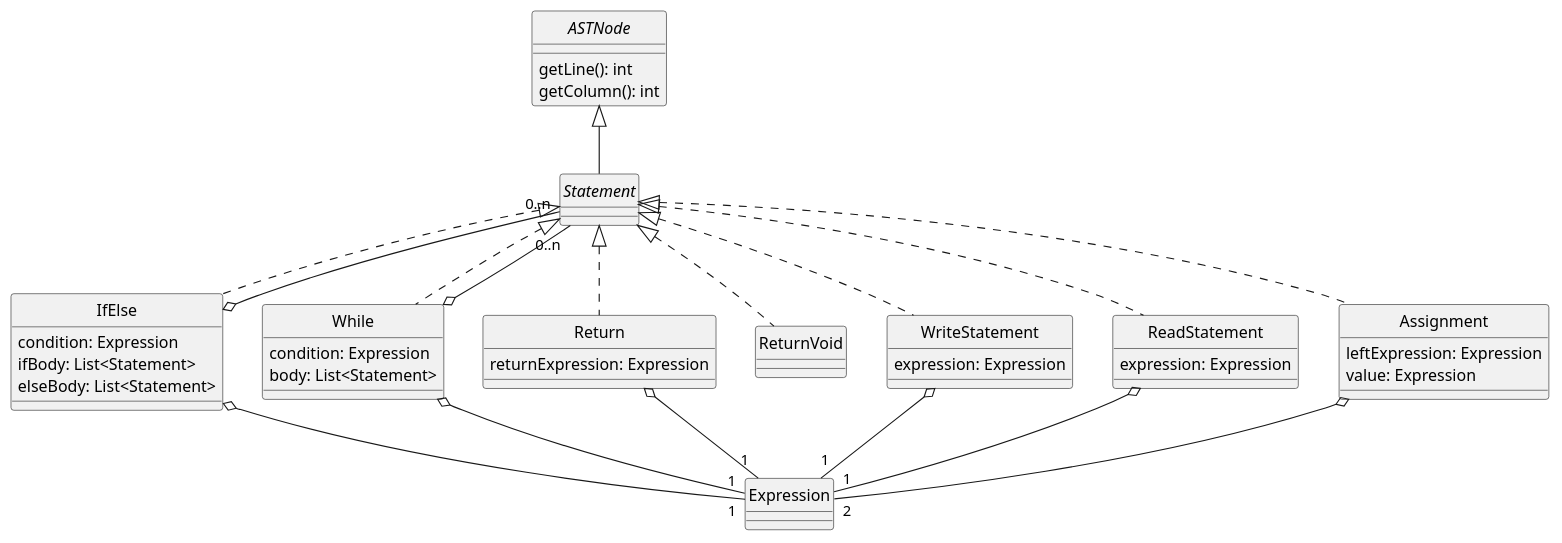
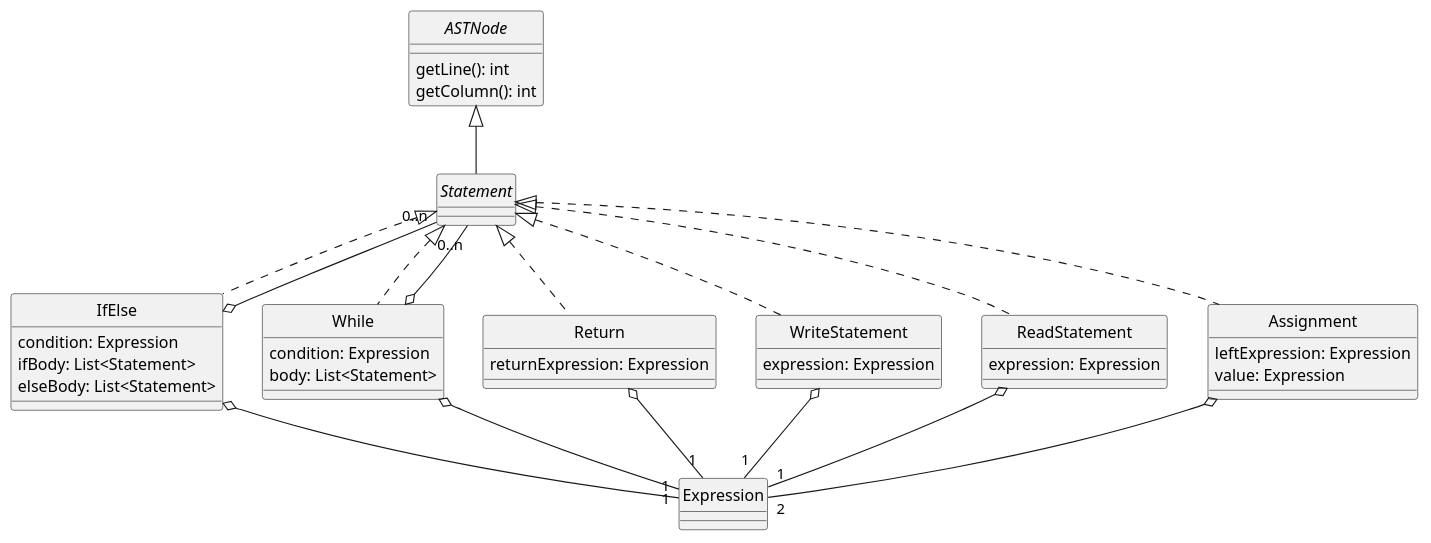
Before and after one commit to DavidGonzalezFernandez/dlp-compiler: the diagram in docs/diagrams/statements.plantuml, drawn with PlantUML. The commit also changed 15 other files, not shown here.

Commit message:
Actualizo diagramas UML a última versión

```diff
--- a/docs/diagrams/statements.plantuml
+++ b/docs/diagrams/statements.plantuml
@@ -1,73 +1,68 @@
 @startuml Statements
 skinparam style strictuml
 skinparam monochrome true
 
 interface ASTNode {
     getLine(): int
     getColumn(): int
 }
 
 interface Statement
 ASTNode <|-- Statement
 
 
 /'
 Una sentencia condicional se define usando la palabra clave if seguida de una condición.
 El cuerpo de dicha sentencia estará comprendido entre do y end.
 Se podrá usar la palabra clave else.
 '/
 class IfElse {
     condition: Expression
     ifBody: List<Statement>
     elseBody: List<Statement>   /'puede no haber else, la lista estaría vacía'/
 }
 Statement <|.. IfElse
 IfElse o-- "1" Expression
 IfElse o-- "0..n" Statement
 
 
 class While {
     condition: Expression
     body: List<Statement>
 }
 Statement <|.. While
 While o-- "1" Expression
 While o-- "0..n" Statement
 
 
 ' El return debe estar seguido obligatoriamente de una expresión
 class Return {
     returnExpression: Expression
 }
 Statement <|.. Return
 Return o-- "1" Expression
 
 
-' Return para cuando no se devuelve una expresión
-class ReturnVoid
-Statement <|.. ReturnVoid
-
-
 ' Write no tiene una lista de Expression, se genera un Write para cada Expression
 class WriteStatement {
     expression: Expression
 }
 Statement <|.. WriteStatement
 WriteStatement o-- "1" Expression
 
 
 class ReadStatement {
     expression: Expression
 }
 Statement <|.. ReadStatement
 ReadStatement o-- "1" Expression
 
 ' Una asignación está compuesta por dos expresiones separadas por el operador =.
 class Assignment {
     leftExpression: Expression
     value: Expression
 }
 Statement <|.. Assignment
 Assignment o-- "2" Expression
 
 @enduml
```
